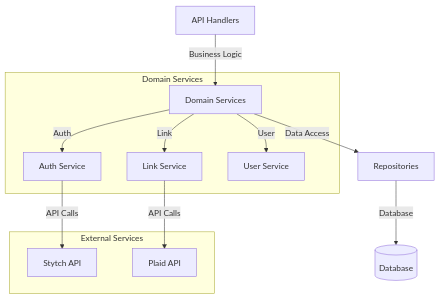
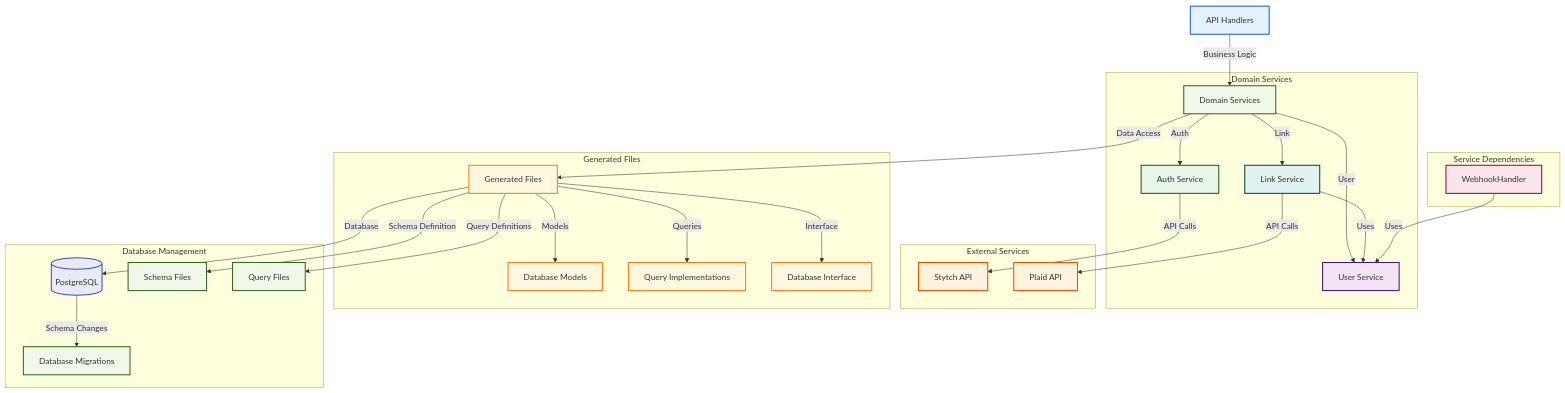
The second of 2 diagrams in README.md (imkkapoor/driftGo), drawn with Mermaid before and after one commit. The commit also changed other lines of this file and 20 other files, not shown here.

First line of the commit message:
feat: Add tables and support for link items and accounts, encryption for data at rest and refactor users (#16)

````diff
--- a/README.md
+++ b/README.md
@@ -68,17 +89,57 @@
 ```mermaid
 graph TD
     Handler[API Handlers] -->|Business Logic| Service[Domain Services]
-    Service -->|Data Access| Repository[Repositories]
-    Repository -->|Database| DB[(Database)]
+    Service -->|Data Access| GeneratedFiles[Generated Files]
+    GeneratedFiles -->|Database| DB[(PostgreSQL)]
     
     subgraph "Domain Services"
         Service -->|Auth| AuthService[Auth Service]
         Service -->|Link| LinkService[Link Service]
         Service -->|User| UserService[User Service]
     end
     
+    subgraph "Service Dependencies"
+        LinkService -->|Uses| UserService
+        WebhookHandler -->|Uses| UserService
+    end
+    
     subgraph "External Services"
         AuthService -->|API Calls| Stytch[Stytch API]
         LinkService -->|API Calls| Plaid[Plaid API]
     end
+    
+    subgraph "Generated Files"
+        GeneratedFiles -->|Models| Models[Database Models]
+        GeneratedFiles -->|Queries| Queries[Query Implementations]
+        GeneratedFiles -->|Interface| Querier[Database Interface]
+    end
+    
+    subgraph "Database Management"
+        DB -->|Schema Changes| Migrations[Database Migrations]
+        GeneratedFiles -->|Schema Definition| Schema[Schema Files]
+        GeneratedFiles -->|Query Definitions| QueryFiles[Query Files]
+    end
+
+    %% Color styling
+    classDef handlerStyle fill:#e3f2fd,stroke:#1565c0,stroke-width:2px
+    classDef serviceStyle fill:#f1f8e9,stroke:#33691e,stroke-width:2px
+    classDef generatedStyle fill:#fff8e1,stroke:#f57f17,stroke-width:2px
+    classDef dbStyle fill:#e8eaf6,stroke:#3f51b5,stroke-width:2px
+    classDef authServiceStyle fill:#e8f5e8,stroke:#1b5e20,stroke-width:2px
+    classDef linkServiceStyle fill:#e0f2f1,stroke:#004d40,stroke-width:2px
+    classDef userServiceStyle fill:#f3e5f5,stroke:#4a148c,stroke-width:2px
+    classDef externalStyle fill:#fff3e0,stroke:#e65100,stroke-width:2px
+    classDef dependencyStyle fill:#fce4ec,stroke:#880e4f,stroke-width:2px
+    classDef migrationStyle fill:#f1f8e9,stroke:#33691e,stroke-width:2px
+
+    class Handler handlerStyle
+    class Service,AuthService,LinkService,UserService serviceStyle
+    class GeneratedFiles,Models,Queries,Querier generatedStyle
+    class DB dbStyle
+    class AuthService authServiceStyle
+    class LinkService linkServiceStyle
+    class UserService userServiceStyle
+    class Stytch,Plaid externalStyle
+    class WebhookHandler dependencyStyle
+    class Migrations,Schema,QueryFiles migrationStyle
 ```
````
